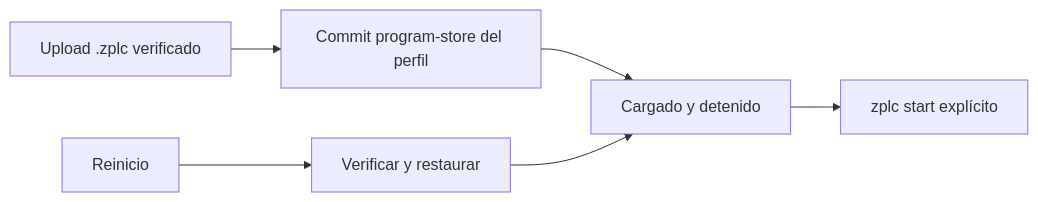
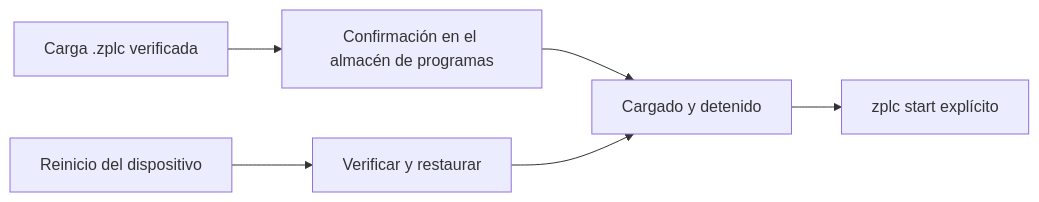
Before and after one commit to eduardojvieira/ZPLC: the diagram in docs/i18n/es/docusaurus-plugin-content-docs/current/runtime/persistence.md, drawn with Mermaid. The commit also changed other lines of this file and 11 other files, not shown here.

Commit message:
docs(runtime): rewrite the architecture, runtime overview, scheduler, memory model, persistence and HAL pages

````diff
--- a/docs/i18n/es/docusaurus-plugin-content-docs/current/runtime/persistence.md
+++ b/docs/i18n/es/docusaurus-plugin-content-docs/current/runtime/persistence.md
@@ -33,8 +30,8 @@
 ```mermaid
 flowchart LR
-  Load[Upload .zplc verificado] --> Save[Commit program-store del perfil]
+  Load[Carga .zplc verificada] --> Save[Confirmación en el almacén de programas]
   Save --> Ready[Cargado y detenido]
-  Boot[Reinicio] --> Restore[Verificar y restaurar]
+  Boot[Reinicio del dispositivo] --> Restore[Verificar y restaurar]
   Restore --> Ready
   Ready --> Start[zplc start explícito]
 ```
````
